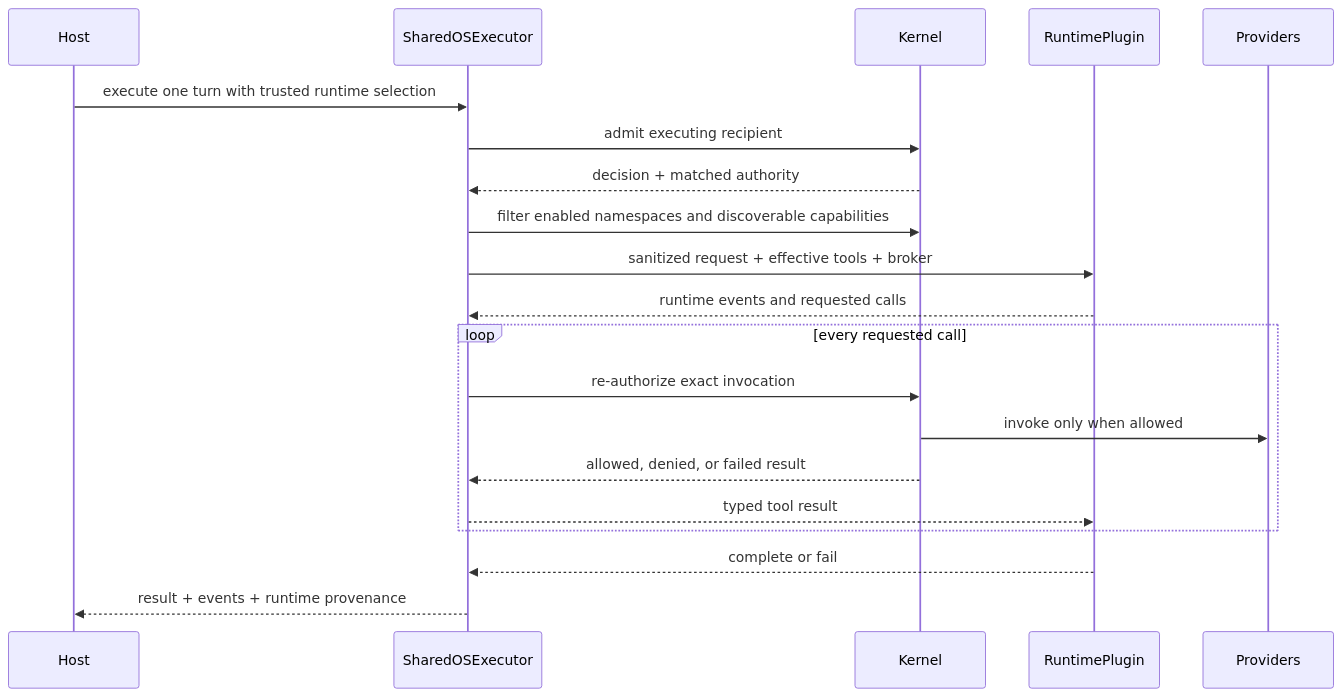
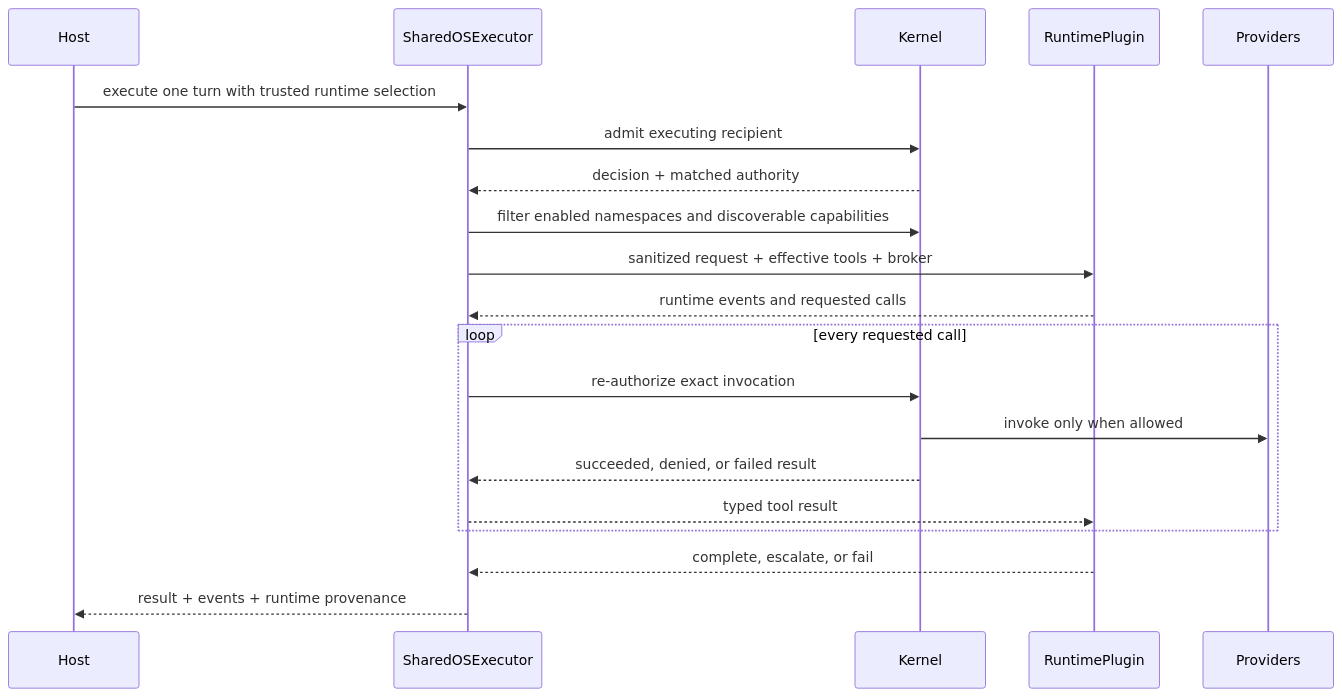
One commit to Aicoo-Team/SharedOS changed the second of 2 diagrams in docs/architecture.md. Above: the diagram before and after it, drawn with Mermaid. The commit also changed other lines of this file and 9 other files, not shown here.

````diff
--- a/docs/architecture.md
+++ b/docs/architecture.md
@@ -264,23 +280,23 @@
 ```mermaid
 sequenceDiagram
   participant Host
   participant Envelope as SharedOSExecutor
   participant Kernel
   participant Runtime as RuntimePlugin
   participant Providers
 
   Host->>Envelope: execute one turn with trusted runtime selection
   Envelope->>Kernel: admit executing recipient
   Kernel-->>Envelope: decision + matched authority
   Envelope->>Kernel: filter enabled namespaces and discoverable capabilities
   Envelope->>Runtime: sanitized request + effective tools + broker
   Runtime-->>Envelope: runtime events and requested calls
   loop every requested call
     Envelope->>Kernel: re-authorize exact invocation
     Kernel->>Providers: invoke only when allowed
-    Kernel-->>Envelope: allowed, denied, or failed result
+    Kernel-->>Envelope: succeeded, denied, or failed result
     Envelope-->>Runtime: typed tool result
   end
-  Runtime-->>Envelope: complete or fail
+  Runtime-->>Envelope: complete, escalate, or fail
   Envelope-->>Host: result + events + runtime provenance
 ```
````
